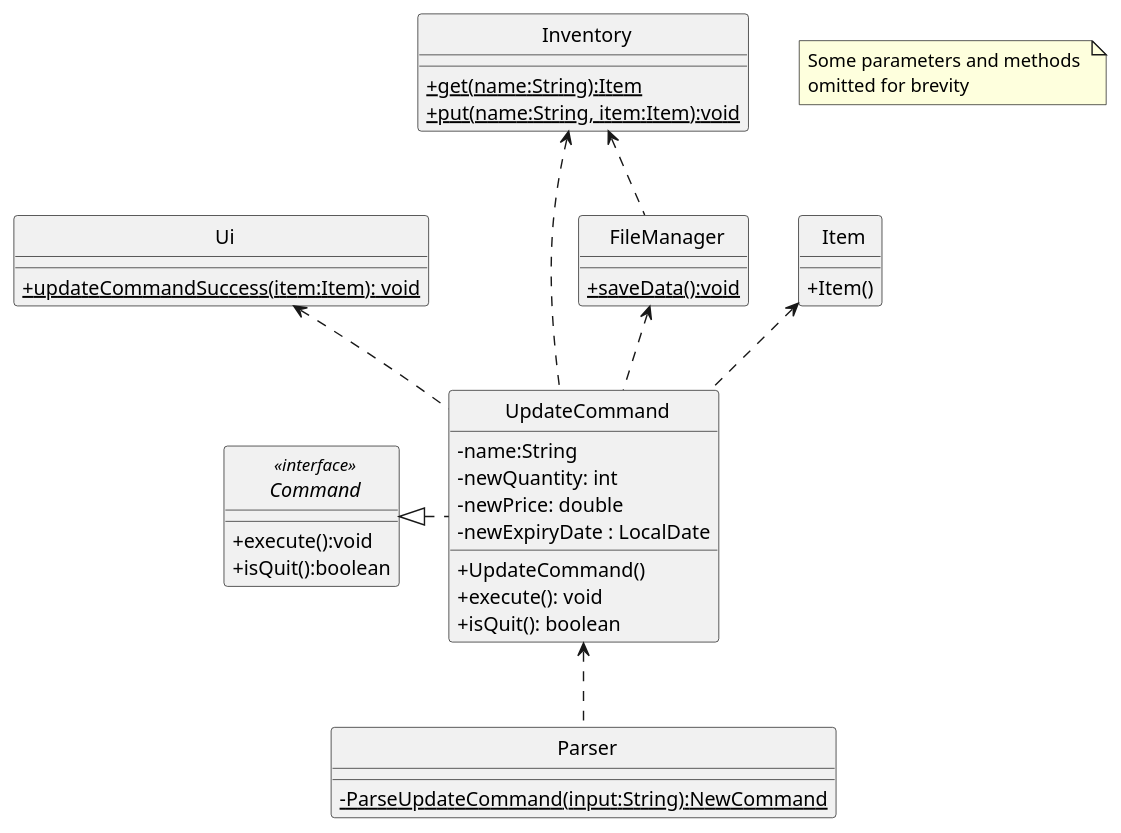
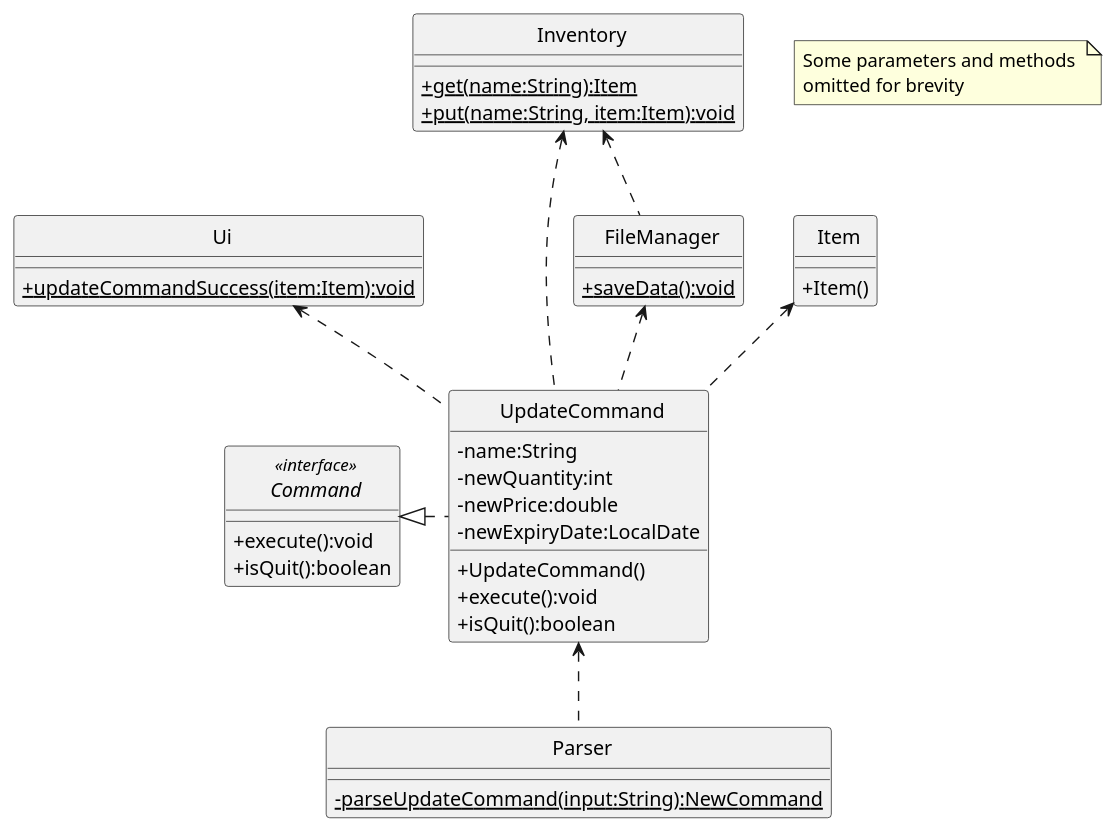
One commit to rismm/tp changed the first of 2 diagrams in docs/uml-diagrams/UpdateCommand.puml. Above: the diagram before and after it, drawn with PlantUML. The commit also changed 6 other files, not shown here.

```diff
--- a/docs/uml-diagrams/UpdateCommand.puml
+++ b/docs/uml-diagrams/UpdateCommand.puml
@@ -1,61 +1,61 @@
 @startuml
 'https://plantuml.com/class-diagram
 skinparam classAttributeIconSize 0
 skinparam CircledCharacterFontSize 0
 skinparam CircledCharacterRadius 0
 
 interface Command
 class Ui
 class Inventory
 class Item
 class UpdateCommand
 class Parser
 class FileManager
 
 UpdateCommand <.. Parser
 Command <|. UpdateCommand
 Ui <.. UpdateCommand
 Inventory <.. UpdateCommand
 Item <.. UpdateCommand
 FileManager <.. UpdateCommand
 Inventory <.. FileManager
 
 interface Command <<interface>> {
     +execute():void
     +isQuit():boolean
 }
 
 class UpdateCommand {
     -name:String
-    -newQuantity: int
-    -newPrice: double
-    -newExpiryDate : LocalDate
+    -newQuantity:int
+    -newPrice:double
+    -newExpiryDate:LocalDate
     +UpdateCommand()
-    +execute(): void
-    +isQuit(): boolean
+    +execute():void
+    +isQuit():boolean
 }
 
 class Item {
     +Item()
 }
 
 class Ui {
-    {static}+updateCommandSuccess(item:Item): void
+    {static}+updateCommandSuccess(item:Item):void
 }
 
 class Parser {
-    {static}-ParseUpdateCommand(input:String):NewCommand
+    {static}-parseUpdateCommand(input:String):NewCommand
 }
 
 class Inventory {
     {static}+get(name:String):Item
     {static}+put(name:String, item:Item):void
 }
 
 class FileManager {
     {static}+saveData():void
 }
 
 note "Some parameters and methods \nomitted for brevity" as n1
 
 @enduml
```
